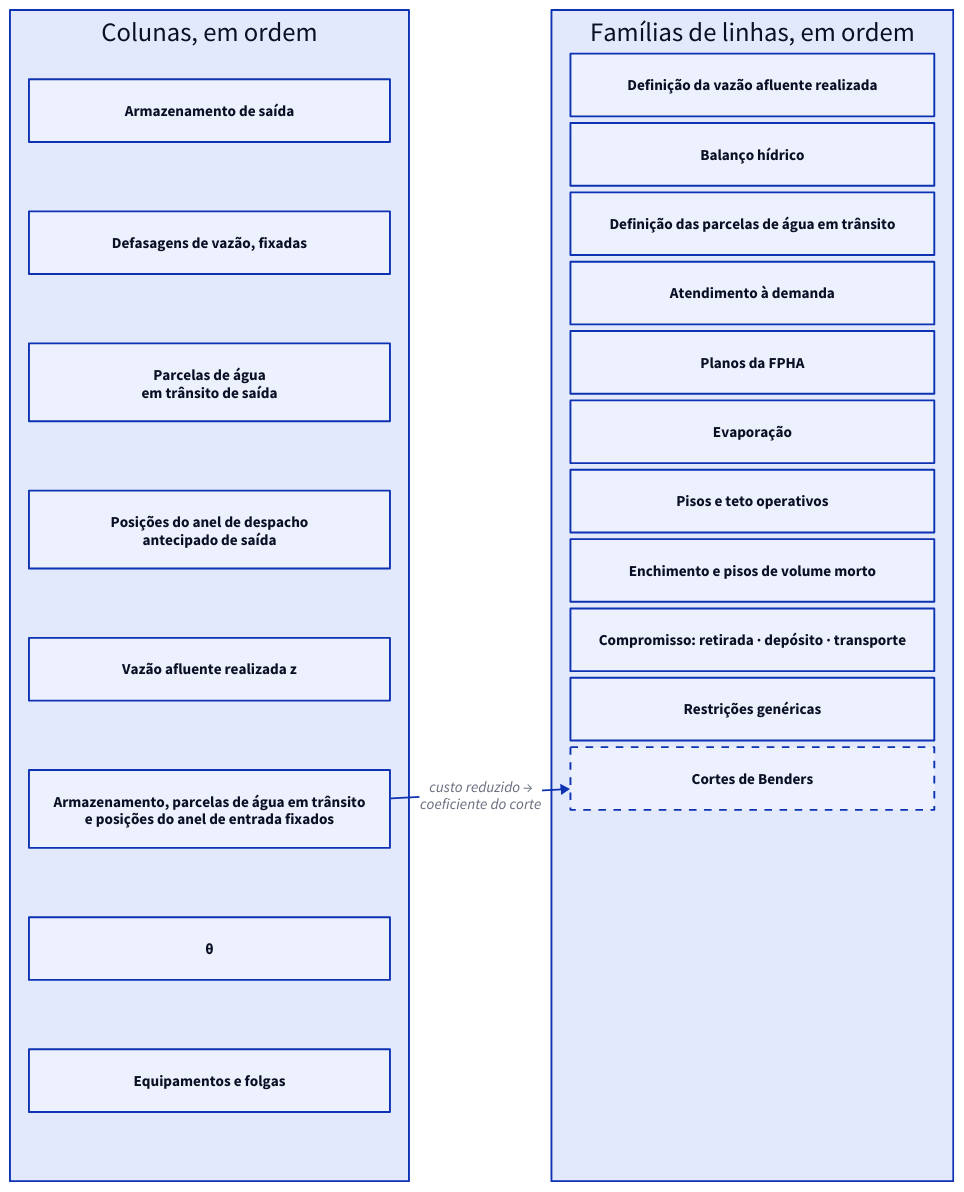
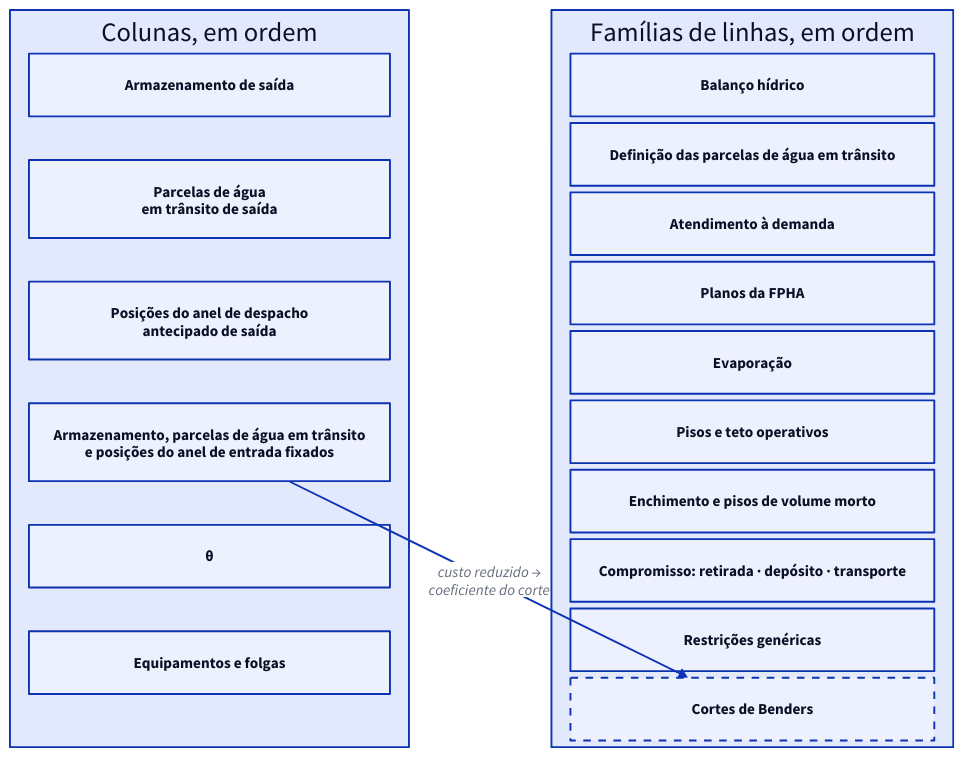
Before and after one commit to ons-ccee-epe/novomodelo-docs: the diagram in src/content/docs/pt-br/math/lp-layout-and-scaling.md, drawn with D2. The commit also changed other lines of this file and 31 other files, not shown here.

````diff
--- a/src/content/docs/pt-br/math/lp-layout-and-scaling.md
+++ b/src/content/docs/pt-br/math/lp-layout-and-scaling.md
@@ -16,37 +16,34 @@
 ```d2
 grid-columns: 2
 horizontal-gap: 150
 
 columns: "Colunas, em ordem" {
   grid-columns: 1
   horizontal-gap: 20
-  vertical-gap: 73
+  vertical-gap: 46
   st_out: "Armazenamento de saída"
-  lag_in: "Defasagens de vazão, fixadas"
   bk_out: "Parcelas de água\nem trânsito de saída"
   rs_out: "Posições do anel de despacho\nantecipado de saída"
-  z_col: "Vazão afluente realizada z"
   pin_in: "Armazenamento, parcelas de água em trânsito\ne posições do anel de entrada fixados"
   th_col: "θ"
   eq_col: "Equipamentos e folgas"
 }
 
 rows: "Famílias de linhas, em ordem" {
   grid-columns: 1
   horizontal-gap: 20
   vertical-gap: 7
-  zi: "Definição da vazão afluente realizada"
   wb: "Balanço hídrico"
   bd: "Definição das parcelas de água em trânsito"
   lb: "Atendimento à demanda"
   fp: "Planos da FPHA"
   ev: "Evaporação"
   op: "Pisos e teto operativos"
   fl: "Enchimento e pisos de volume morto"
   cm: "Compromisso: retirada · depósito · transporte"
   gc: "Restrições genéricas"
   bc: "Cortes de Benders" {style.stroke-dash: 4}
 }
 
 columns.pin_in -> rows.bc: "custo reduzido →\ncoeficiente do corte"
 ```
````
